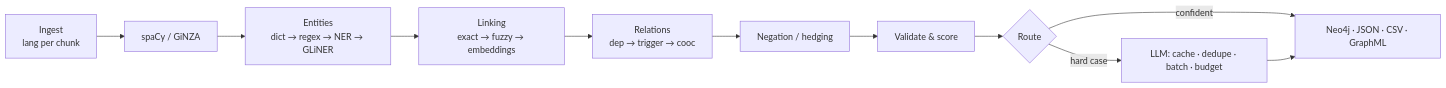
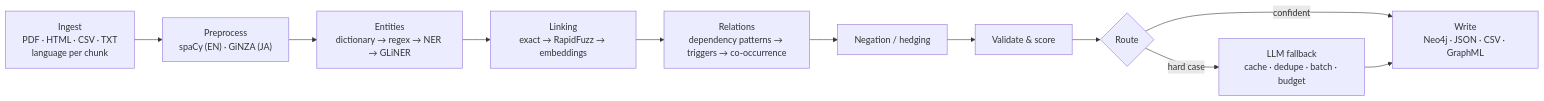
Before and after one commit to loksai-codes/LeanKG-: the diagram in README.md, drawn with Mermaid. The commit also changed other lines of this file and 6 other files, not shown here.

````diff
--- a/README.md
+++ b/README.md
@@ -40,8 +51,13 @@
 ```mermaid
 flowchart LR
-  A[Ingest<br/>lang per chunk] --> B[spaCy / GiNZA] --> C[Entities<br/>dict → regex → NER → GLiNER]
-  C --> D[Linking<br/>exact → fuzzy → embeddings] --> E[Relations<br/>dep → trigger → cooc]
-  E --> F[Negation / hedging] --> G[Validate & score] --> H{Route}
-  H -- confident --> W[Neo4j · JSON · CSV · GraphML]
-  H -- hard case --> L[LLM: cache · dedupe · batch · budget] --> W
+  A["Ingest<br/>PDF · HTML · CSV · TXT<br/>language per chunk"] --> B["Preprocess<br/>spaCy (EN) · GiNZA (JA)"]
+  B --> C["Entities<br/>dictionary → regex → NER → GLiNER"]
+  C --> D["Linking<br/>exact → RapidFuzz → embeddings"]
+  D --> E["Relations<br/>dependency patterns → triggers → co-occurrence"]
+  E --> F["Negation / hedging"]
+  F --> G["Validate & score"]
+  G --> H{"Route"}
+  H -- confident --> W["Write<br/>Neo4j · JSON · CSV · GraphML"]
+  H -- "hard case" --> L["LLM fallback<br/>cache · dedupe · batch · budget"]
+  L --> W
 ```
````
